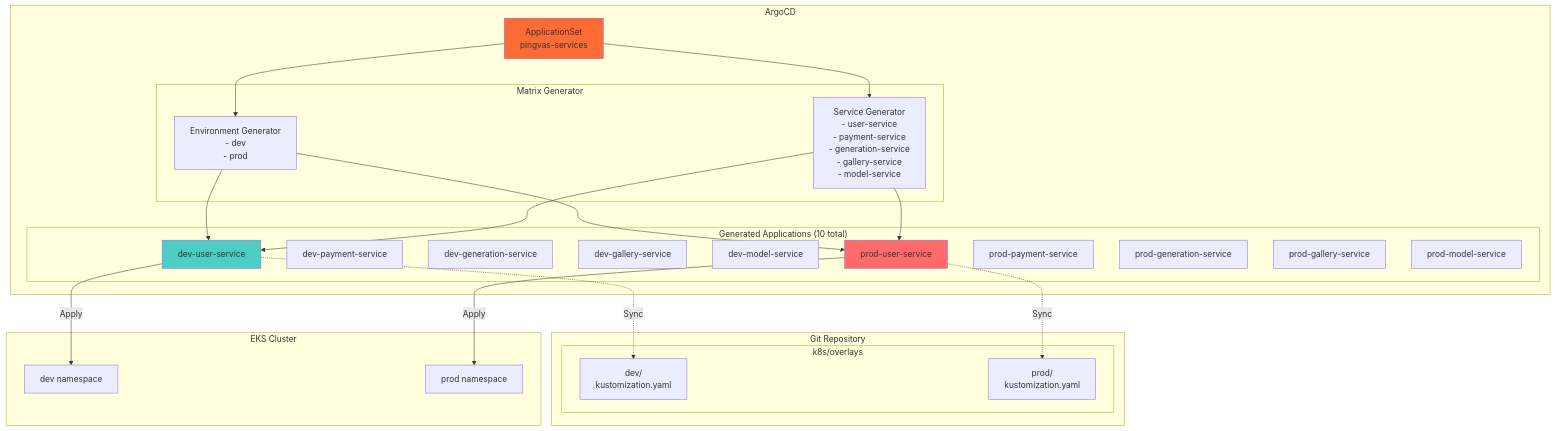
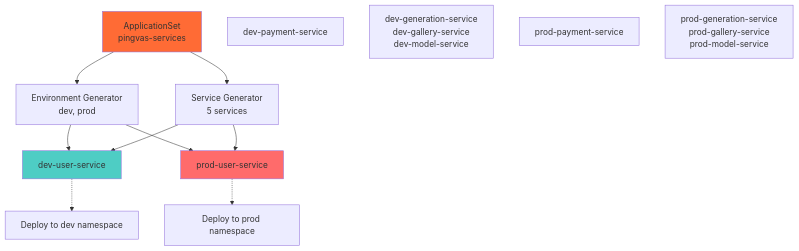
One commit to Pinksea-AI/InvokeAI changed diagram 11 of 15 in docs/final-architecture/01-aws-architecture-diagram.md. Above: the diagram before and after it, drawn with Mermaid. The commit also changed other lines of this file, not shown here.

First line of the commit message:
fix: Simplify Mermaid diagrams in AWS architecture document

````diff
--- a/docs/final-architecture/01-aws-architecture-diagram.md
+++ b/docs/final-architecture/01-aws-architecture-diagram.md
@@ -652,56 +568,30 @@
 ```mermaid
 graph TB
-    subgraph "ArgoCD"
-        AppSet[ApplicationSet<br/>pingvas-services]
+    AppSet[ApplicationSet<br/>pingvas-services]
 
-        subgraph "Matrix Generator"
-            EnvGen[Environment Generator<br/>- dev<br/>- prod]
+    EnvGen[Environment Generator<br/>dev, prod]
+    SvcGen[Service Generator<br/>5 services]
 
-            SvcGen[Service Generator<br/>- user-service<br/>- payment-service<br/>- generation-service<br/>- gallery-service<br/>- model-service]
-        end
+    AppSet --> EnvGen
+    AppSet --> SvcGen
 
-        AppSet --> EnvGen
-        AppSet --> SvcGen
+    DevUser[dev-user-service]
+    DevPayment[dev-payment-service]
+    DevOthers[dev-generation-service<br/>dev-gallery-service<br/>dev-model-service]
 
-        subgraph "Generated Applications (10 total)"
-            DevUser[dev-user-service]
-            DevPayment[dev-payment-service]
-            DevGen[dev-generation-service]
-            DevGallery[dev-gallery-service]
-            DevModel[dev-model-service]
+    ProdUser[prod-user-service]
+    ProdPayment[prod-payment-service]
+    ProdOthers[prod-generation-service<br/>prod-gallery-service<br/>prod-model-service]
 
-            ProdUser[prod-user-service]
-            ProdPayment[prod-payment-service]
-            ProdGen[prod-generation-service]
-            ProdGallery[prod-gallery-service]
-            ProdModel[prod-model-service]
-        end
+    EnvGen --> DevUser
+    EnvGen --> ProdUser
+    SvcGen --> DevUser
+    SvcGen --> ProdUser
 
-        EnvGen --> DevUser
-        EnvGen --> ProdUser
-        SvcGen --> DevUser
-        SvcGen --> ProdUser
-    end
-
-    subgraph "Git Repository"
-        subgraph "k8s/overlays"
-            DevOverlay[dev/<br/>kustomization.yaml]
-            ProdOverlay[prod/<br/>kustomization.yaml]
-        end
-    end
-
-    DevUser -.->|Sync| DevOverlay
-    ProdUser -.->|Sync| ProdOverlay
-
-    subgraph "EKS Cluster"
-        DevNS[dev namespace]
-        ProdNS[prod namespace]
-    end
-
-    DevUser -->|Apply| DevNS
-    ProdUser -->|Apply| ProdNS
+    DevUser -.-> DevDeploy[Deploy to dev namespace]
+    ProdUser -.-> ProdDeploy[Deploy to prod namespace]
 
     style AppSet fill:#FF6B35
     style DevUser fill:#4ECDC4
     style ProdUser fill:#FF6B6B
 ```
````
